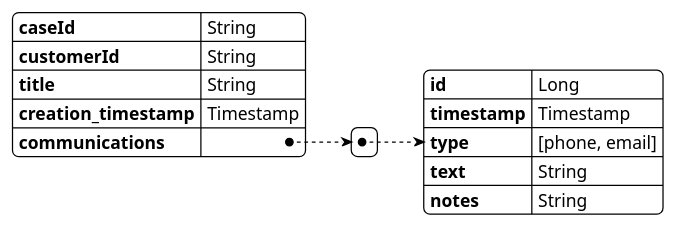
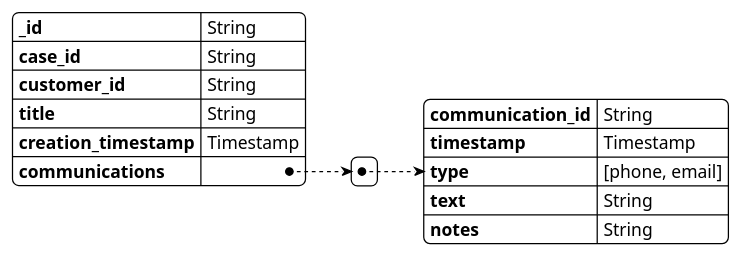
One commit to scalvetr/costomer-single-view changed the diagram in doc/data-definition-contact-center.puml. Above: the diagram before and after it, drawn with PlantUML. The commit also changed 3 other files, not shown here.

```diff
--- a/doc/data-definition-contact-center.puml
+++ b/doc/data-definition-contact-center.puml
@@ -1,21 +1,22 @@
 @startyaml
 <style>
 yamlDiagram {
   BackGroundColor white
   LineThickness 1
   LineColor black
 }
 </style>
 
-caseId: String
-customerId: String
+_id: String
+case_id: String
+customer_id: String
 title: String
 creation_timestamp: Timestamp
 communications:
-    - id: Long
+    - communication_id: String
       timestamp: Timestamp
       type: [phone, email]
       text: String
       notes: String
 
 @endyaml
```
